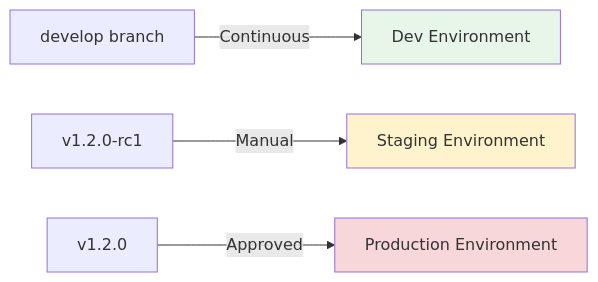
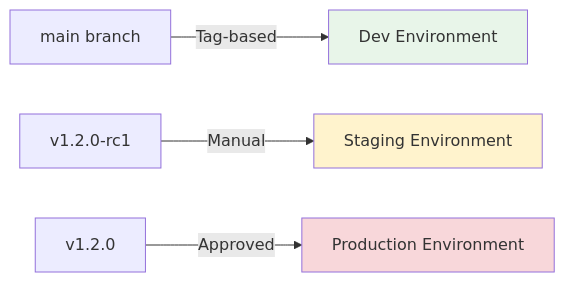
One commit to Celtikill/static-site changed the second of 2 diagrams in docs/guides/version-management.md. Above: the diagram before and after it, drawn with Mermaid. The commit also changed other lines of this file and 6 other files, not shown here.

````diff
--- a/docs/guides/version-management.md
+++ b/docs/guides/version-management.md
@@ -161,10 +161,10 @@
 ```mermaid
 graph LR
-    A[develop branch] -->|Continuous| B[Dev Environment]
+    A[main branch] -->|Tag-based| B[Dev Environment]
     C[v1.2.0-rc1] -->|Manual| D[Staging Environment]
     E[v1.2.0] -->|Approved| F[Production Environment]
     
     style B fill:#e8f5e9
     style D fill:#fff3cd
     style F fill:#f8d7da
 ```
````
